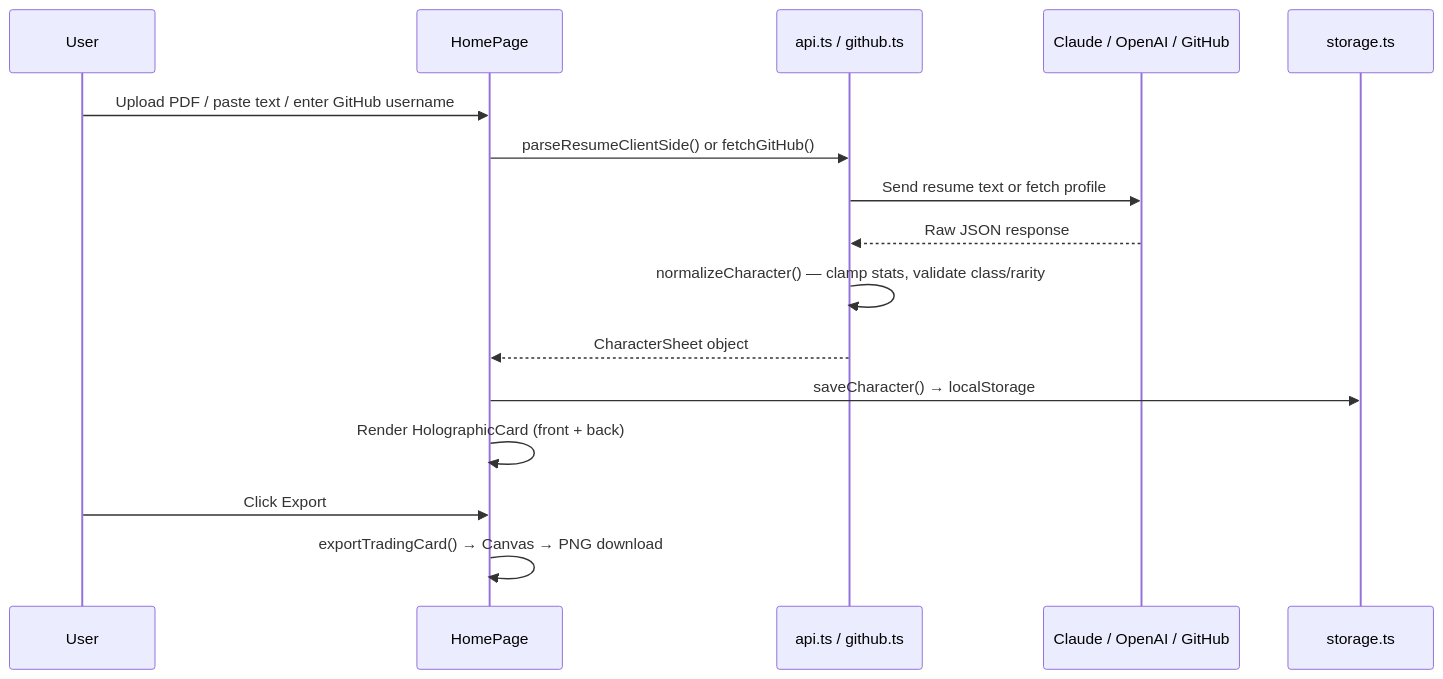
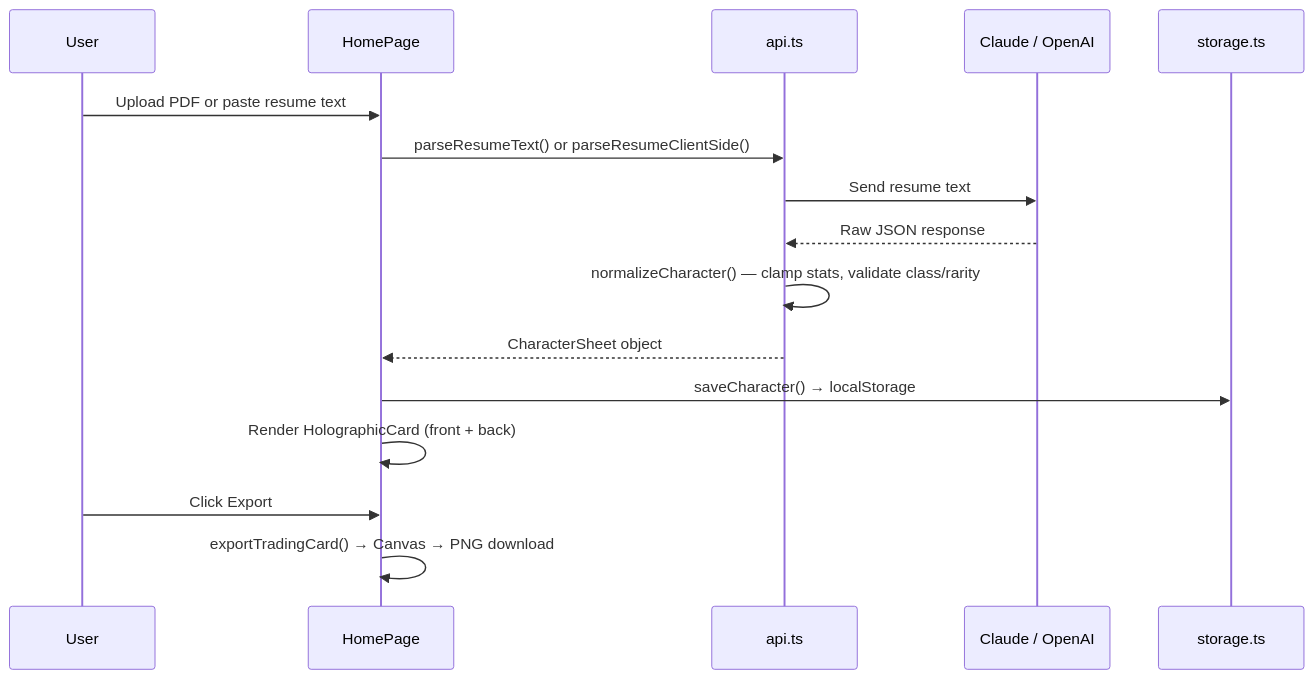
One commit to hariharanragothaman/ResumeRPG changed the fourth of 5 diagrams in README.md. Above: the diagram before and after it, drawn with Mermaid. The commit also changed other lines of this file and 4 other files, not shown here.

First line of the commit message:
HomePage: navigate GitHub tab to /gh/:user; remove client github.ts

````diff
--- a/README.md
+++ b/README.md
@@ -100,19 +100,19 @@
 ```mermaid
 sequenceDiagram
     participant U as User
     participant HP as HomePage
-    participant API as api.ts / github.ts
-    participant AI as Claude / OpenAI / GitHub
+    participant API as api.ts
+    participant AI as Claude / OpenAI
     participant S as storage.ts
 
-    U->>HP: Upload PDF / paste text / enter GitHub username
-    HP->>API: parseResumeClientSide() or fetchGitHub()
-    API->>AI: Send resume text or fetch profile
+    U->>HP: Upload PDF or paste resume text
+    HP->>API: parseResumeText() or parseResumeClientSide()
+    API->>AI: Send resume text
     AI-->>API: Raw JSON response
     API->>API: normalizeCharacter() — clamp stats, validate class/rarity
     API-->>HP: CharacterSheet object
     HP->>S: saveCharacter() → localStorage
     HP->>HP: Render HolographicCard (front + back)
     U->>HP: Click Export
     HP->>HP: exportTradingCard() → Canvas → PNG download
 ```
````
